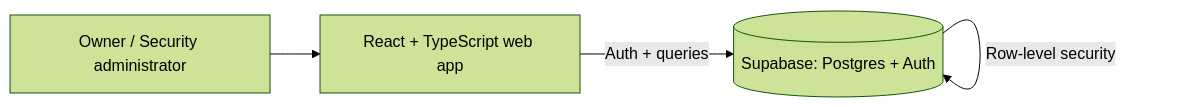
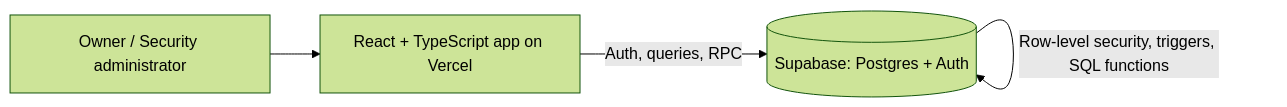
The diagram in README.md (codingwithlebo/SecureStart), drawn with Mermaid (forest theme) before and after one commit. The commit also changed other lines of this file, not shown here.

````diff
--- a/README.md
+++ b/README.md
@@ -42,6 +54,6 @@
 ```mermaid
 flowchart LR
-  U[Owner / Security administrator] --> W[React + TypeScript web app]
-  W -->|Auth + queries| S[(Supabase: Postgres + Auth)]
-  S -->|Row-level security| S
+  U[Owner / Security administrator] --> W[React + TypeScript app on Vercel]
+  W -->|Auth, queries, RPC| S[(Supabase: Postgres + Auth)]
+  S -->|Row-level security, triggers, SQL functions| S
 ```
````
